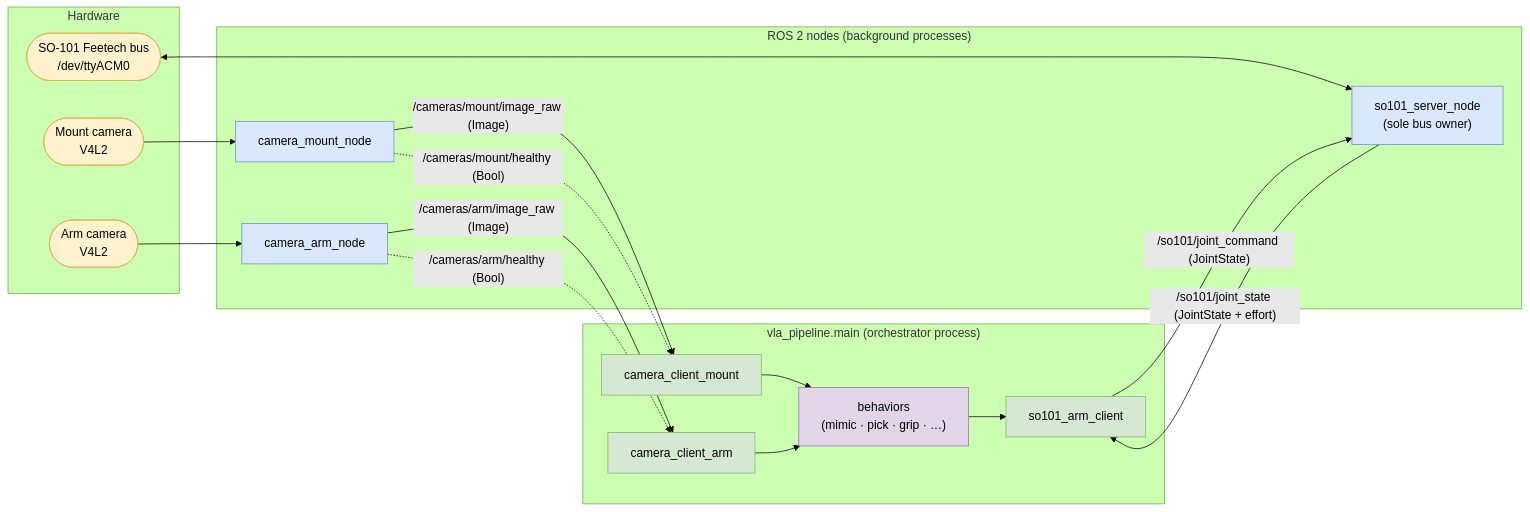
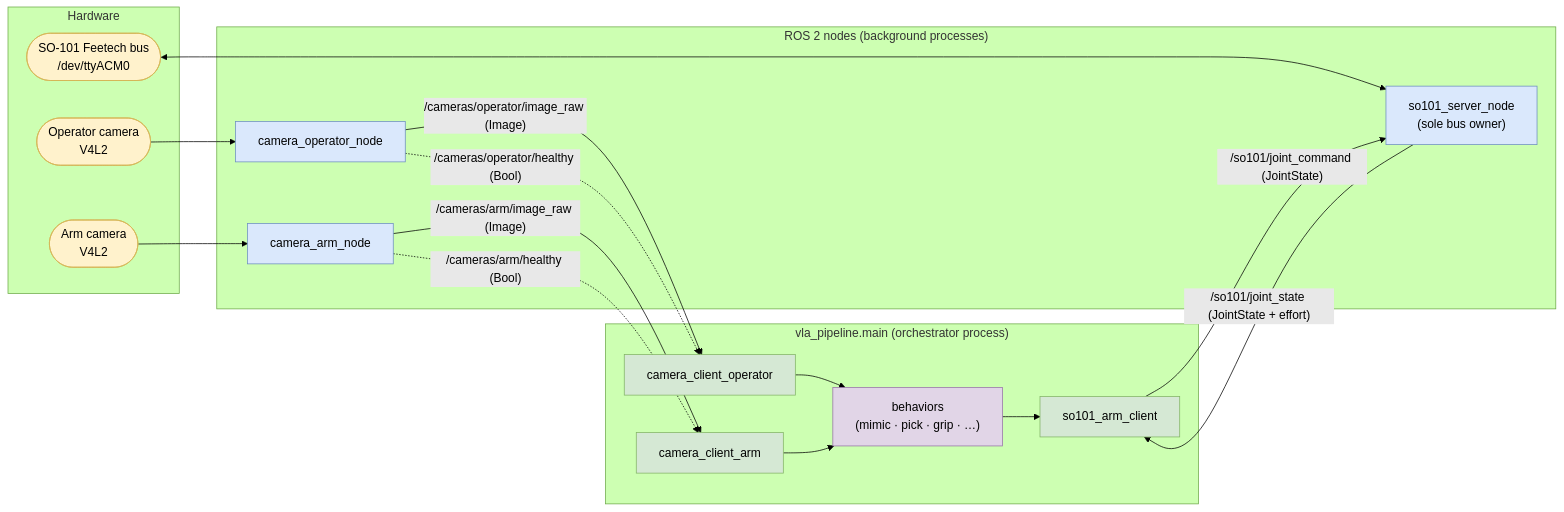
One commit to ThomasGmeinder/embedded-x86-ai changed the third of 3 diagrams in workshops/vvla-pipeline/README.md. Above: the diagram before and after it, drawn with Mermaid (forest theme). The commit also changed other lines of this file and 38 other files, not shown here.

Commit message:
Rename the user-facing "mount" camera to "operator".

````diff
--- a/workshops/vvla-pipeline/README.md
+++ b/workshops/vvla-pipeline/README.md
@@ -187,42 +187,42 @@
 ```mermaid
 flowchart LR
     subgraph DEVICES["Hardware"]
-        MC([Mount camera<br/>V4L2]):::hw
+        MC([Operator camera<br/>V4L2]):::hw
         AC([Arm camera<br/>V4L2]):::hw
         BUS([SO-101 Feetech bus<br/>/dev/ttyACM0]):::hw
     end
 
     subgraph NODES["ROS 2 nodes (background processes)"]
-        CMN["camera_mount_node"]:::node
+        CMN["camera_operator_node"]:::node
         CAN["camera_arm_node"]:::node
         SRV["so101_server_node<br/>(sole bus owner)"]:::node
     end
 
     subgraph ORCH["vla_pipeline.main (orchestrator process)"]
-        CCM["camera_client_mount"]:::client
+        CCM["camera_client_operator"]:::client
         CCA["camera_client_arm"]:::client
         ARMCL["so101_arm_client"]:::client
         BEH["behaviors<br/>(mimic · pick · grip · …)"]:::beh
     end
 
     MC --> CMN
     AC --> CAN
     BUS <--> SRV
 
-    CMN -->|"/cameras/mount/image_raw (Image)"| CCM
-    CMN -.->|"/cameras/mount/healthy (Bool)"| CCM
+    CMN -->|"/cameras/operator/image_raw (Image)"| CCM
+    CMN -.->|"/cameras/operator/healthy (Bool)"| CCM
     CAN -->|"/cameras/arm/image_raw (Image)"| CCA
     CAN -.->|"/cameras/arm/healthy (Bool)"| CCA
 
     ARMCL -->|"/so101/joint_command (JointState)"| SRV
     SRV -->|"/so101/joint_state (JointState + effort)"| ARMCL
 
     CCM --> BEH
     CCA --> BEH
     BEH --> ARMCL
 
     classDef hw fill:#fff2cc,stroke:#d6b656,color:#000;
     classDef node fill:#dae8fc,stroke:#6c8ebf,color:#000;
     classDef client fill:#d5e8d4,stroke:#82b366,color:#000;
     classDef beh fill:#e1d5e7,stroke:#9673a6,color:#000;
 ```
````
